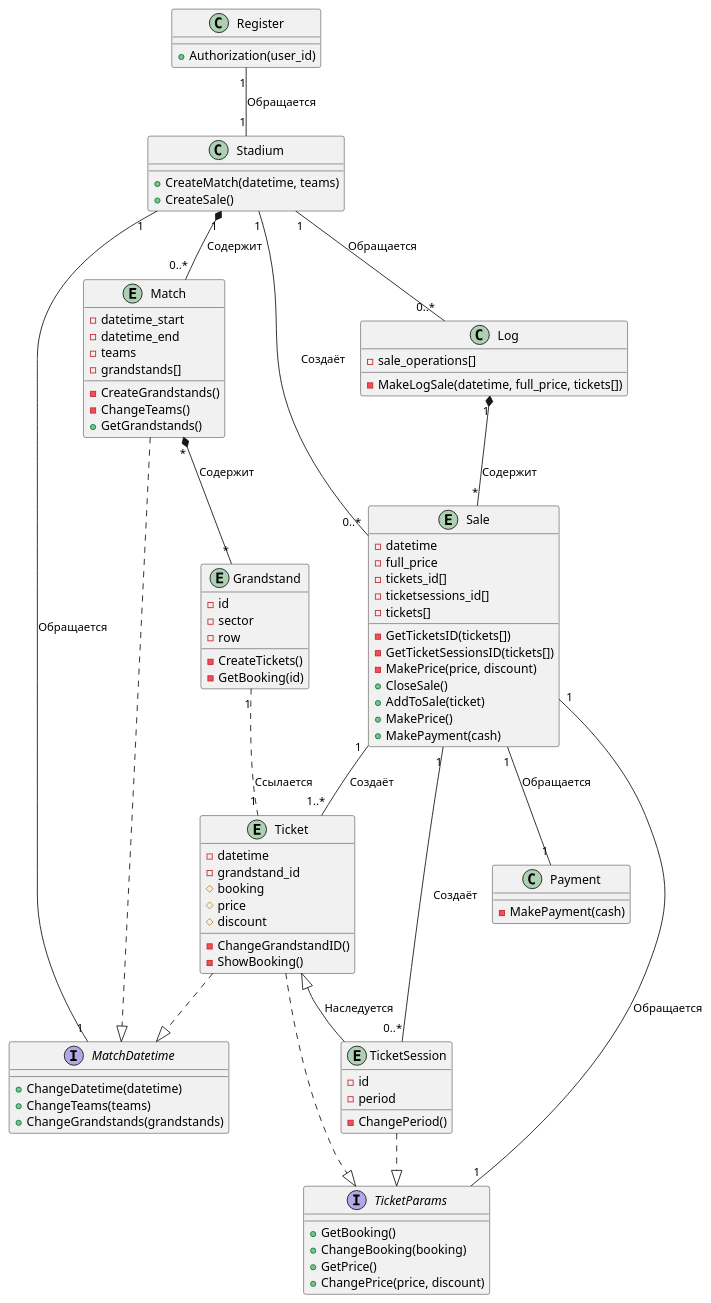
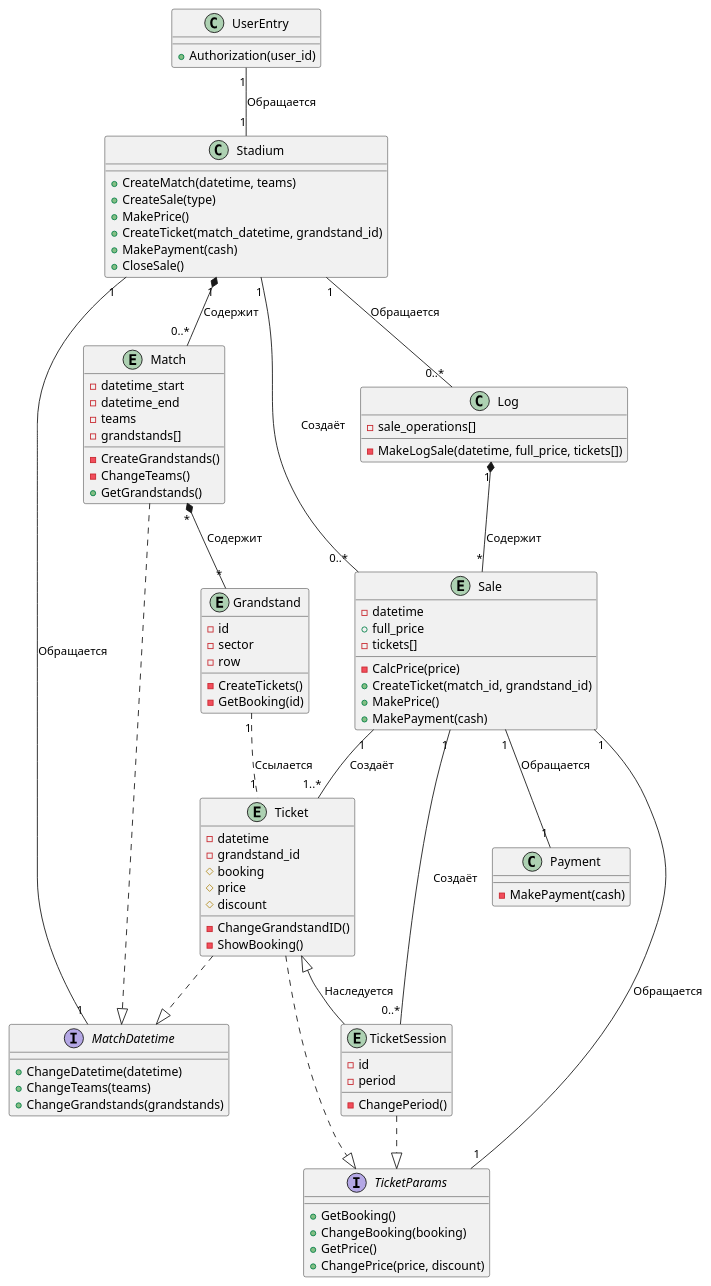
Before and after one commit to penamarth/bsbo-03-23_team4_var10_football: the diagram in Модель предметной области.md, drawn with PlantUML. The commit also changed 1 other file, not shown here.

Commit message:
Создание диаграммы продажи билетов и правка модели предметной области

````diff
--- a/Модель предметной области.md
+++ b/Модель предметной области.md
@@ -1,13 +1,17 @@
 ```plantuml
 @startuml
-class Register
+class UserEntry
 {
     + Authorization(user_id)
 }
 class Stadium
 {
     + CreateMatch(datetime, teams)
-    + CreateSale()
+    + CreateSale(type)
+    + MakePrice()
+    + CreateTicket(match_datetime, grandstand_id)
+    + MakePayment(cash)
+    + CloseSale()
 }
 entity Match
 {
@@ -46,15 +50,10 @@
 entity Sale
 {
     - datetime
-    - full_price
-    - tickets_id[]
-    - ticketsessions_id[]
+    + full_price
     - tickets[]
-    - GetTicketsID(tickets[])
-    - GetTicketSessionsID(tickets[])
-    - MakePrice(price, discount)
-    + CloseSale()
-    + AddToSale(ticket)
+    - CalcPrice(price)
+    + CreateTicket(match_id, grandstand_id)
     + MakePrice()
     + MakePayment(cash)
 }
@@ -83,7 +82,7 @@
     + ChangePrice(price, discount)
 }
 
-Register "1" -- "1" Stadium : Обращается
+UserEntry "1" -- "1" Stadium : Обращается
 Stadium "1" *-- "0..*" Match : Содержит
 Stadium "1" -- "0..*" Sale : Создаёт
 Stadium "1" -- "0..*" Log : Обращается
````
